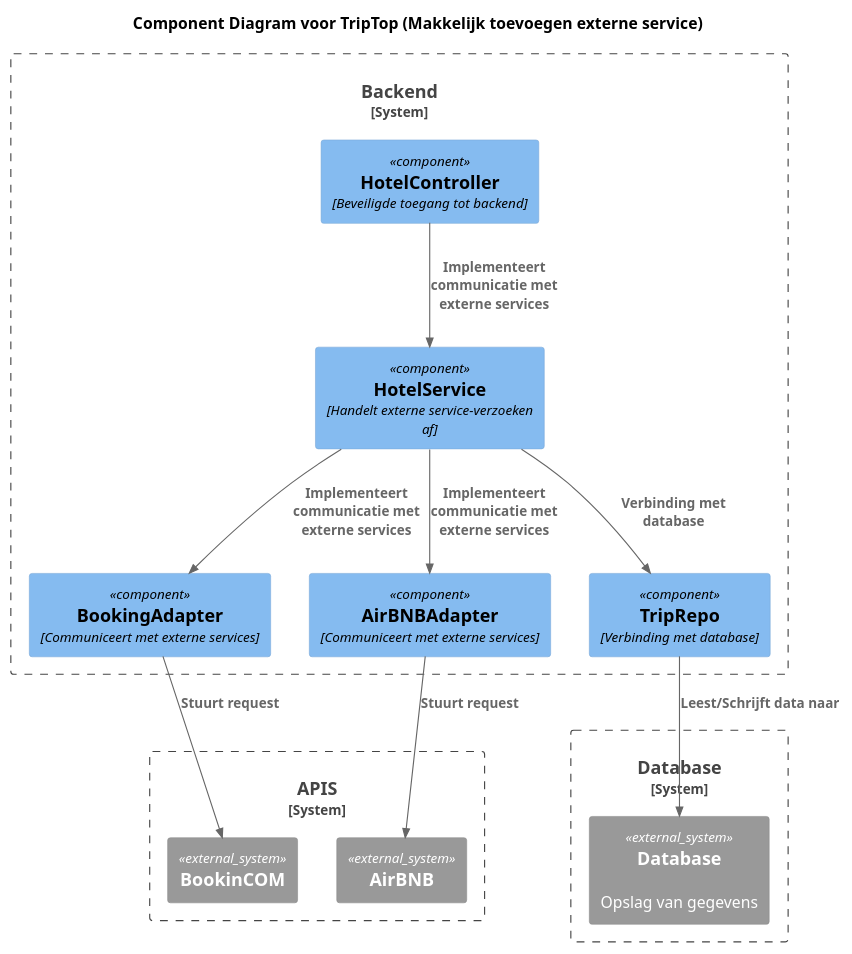
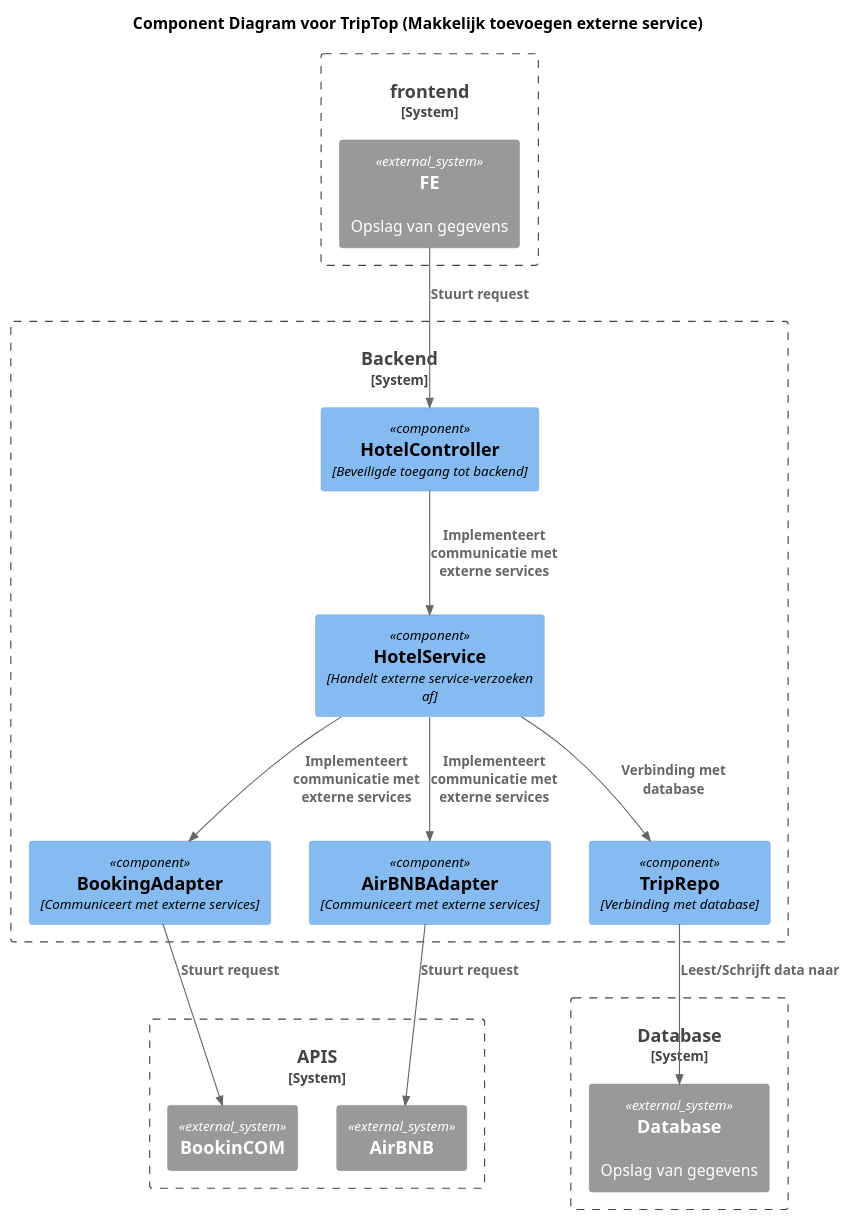
Before and after one commit to AIM-ENE-feb25/triptop-dravende-dikdiks: the diagram in Marijn/NEWonderzoeksvraag.md/diagrammen/ComponentdiagramNewExtSys.puml, drawn with PlantUML.

```diff
--- a/Marijn/NEWonderzoeksvraag.md/diagrammen/ComponentdiagramNewExtSys.puml
+++ b/Marijn/NEWonderzoeksvraag.md/diagrammen/ComponentdiagramNewExtSys.puml
@@ -1,33 +1,38 @@
 @startuml
 
 !include https://raw.githubusercontent.com/plantuml-stdlib/C4-PlantUML/master/C4_Component.puml
 
 title Component Diagram voor TripTop (Makkelijk toevoegen externe service)
+
+System_Boundary("frontend", "frontend") {
+    System_Ext(FE, "FE", "Opslag van gegevens")
+}
 
 System_Boundary("backend", "Backend") {
     Component(HotelController, "HotelController", "Beveiligde toegang tot backend")
     Component(adapter1, "BookingAdapter", "Communiceert met externe services")
     Component(adapter2, "AirBNBAdapter", "Communiceert met externe services")
     Component(service, "HotelService", "Handelt externe service-verzoeken af")
     Component(TripRepo, "TripRepo", "Verbinding met database")
 }
 
 System_Boundary("database", "Database") {
     System_Ext(db, "Database", "Opslag van gegevens")
 }
 
 System_Boundary("APIS", "APIS") {
     System_Ext(API1, "BookinCOM", "")
     System_Ext(API2, "AirBNB", "")
 }
 
+Rel("FE", HotelController, "Stuurt request")
 Rel("HotelController", "service", "Implementeert communicatie met externe services")
 Rel(service, "adapter1", "Implementeert communicatie met externe services")
 Rel(service, "adapter2", "Implementeert communicatie met externe services")
 Rel("service", "TripRepo", "Verbinding met database")
 Rel("adapter1", API1, "Stuurt request")
 Rel("TripRepo", db, "Leest/Schrijft data naar")
 
 Rel("adapter2", API2, "Stuurt request")
 
 @enduml
```
